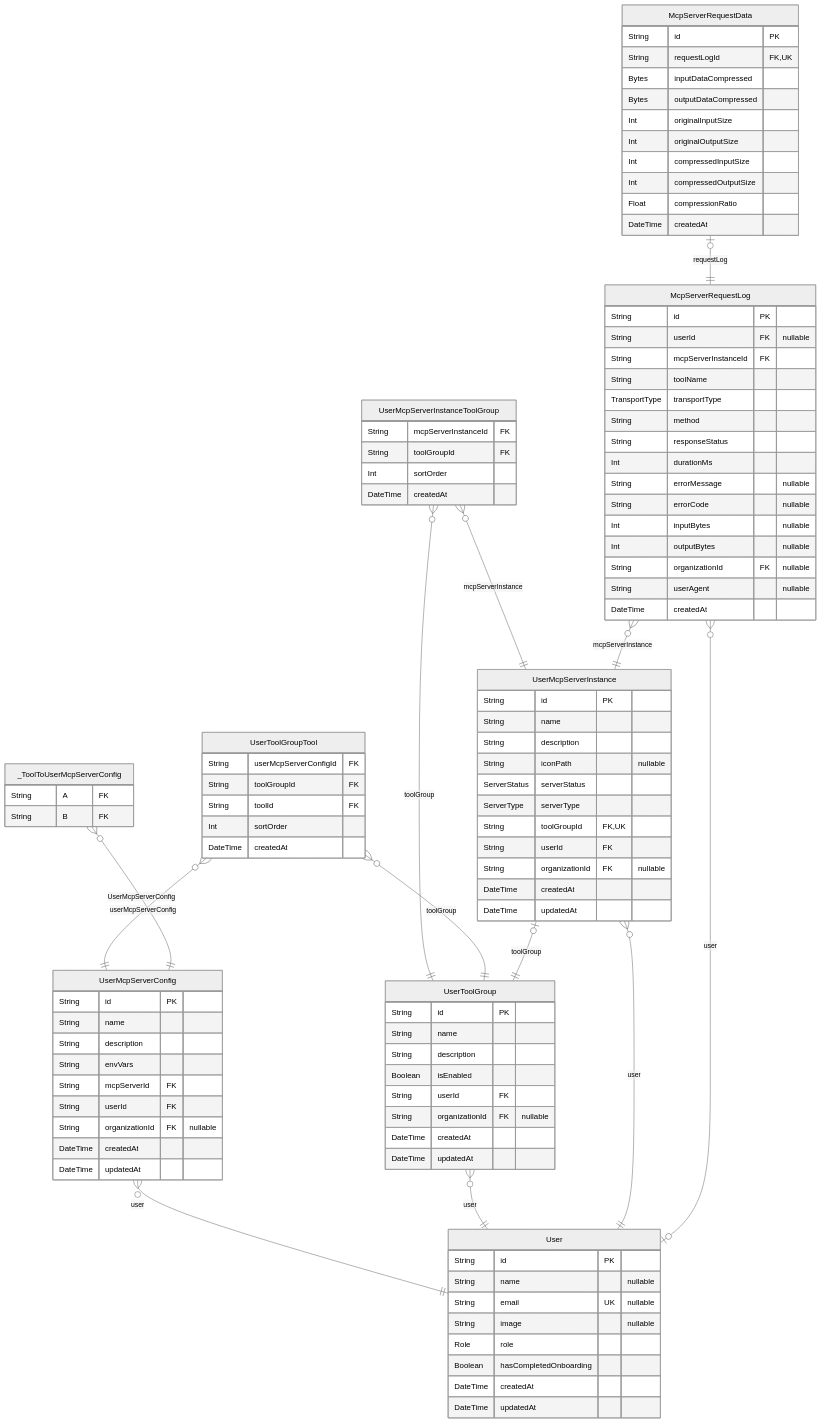
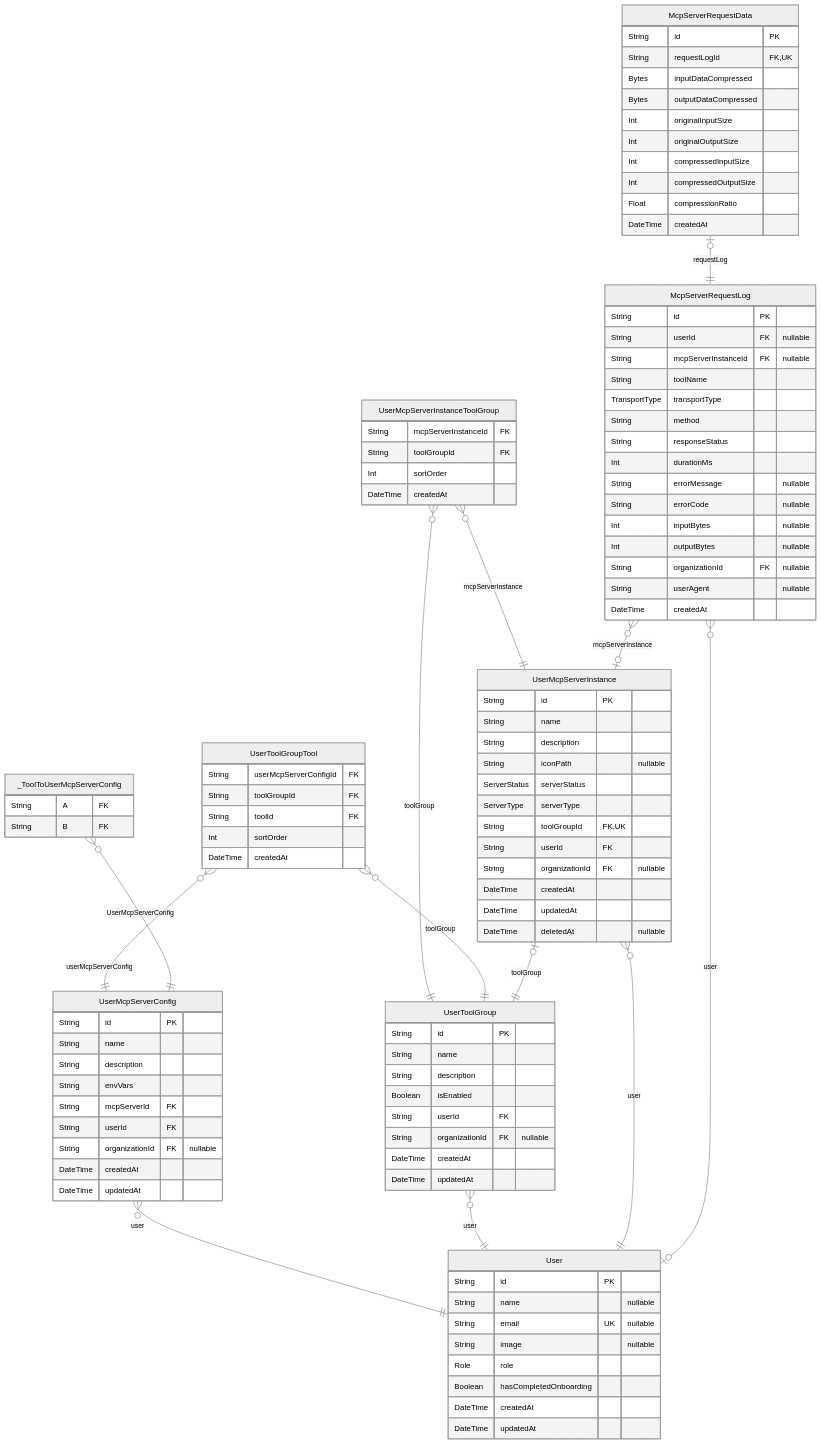
Before and after one commit to rayven122/tumiki: the fifth of 7 diagrams in packages/db/prisma/README.md, drawn with Mermaid (neutral theme). The commit also changed other lines of this file and 9 other files, not shown here.

First line of the commit message:
feat: UserMcpServerInstanceに論理削除機能を実装

````diff
--- a/packages/db/prisma/README.md
+++ b/packages/db/prisma/README.md
@@ -649,11 +651,12 @@
   String organizationId FK "nullable"
   DateTime createdAt
   DateTime updatedAt
+  DateTime deletedAt "nullable"
 }
 "McpServerRequestLog" {
   String id PK
   String userId FK "nullable"
-  String mcpServerInstanceId FK
+  String mcpServerInstanceId FK "nullable"
   String toolName
   TransportType transportType
   String method
@@ -692,7 +695,7 @@
 "UserMcpServerInstance" |o--|| "UserToolGroup" : toolGroup
 "UserMcpServerInstance" }o--|| "User" : user
 "McpServerRequestLog" }o--o| "User" : user
-"McpServerRequestLog" }o--|| "UserMcpServerInstance" : mcpServerInstance
+"McpServerRequestLog" }o--o| "UserMcpServerInstance" : mcpServerInstance
 "McpServerRequestData" |o--|| "McpServerRequestLog" : requestLog
 "_ToolToUserMcpServerConfig" }o--|| "UserMcpServerConfig" : UserMcpServerConfig
 ```
````
